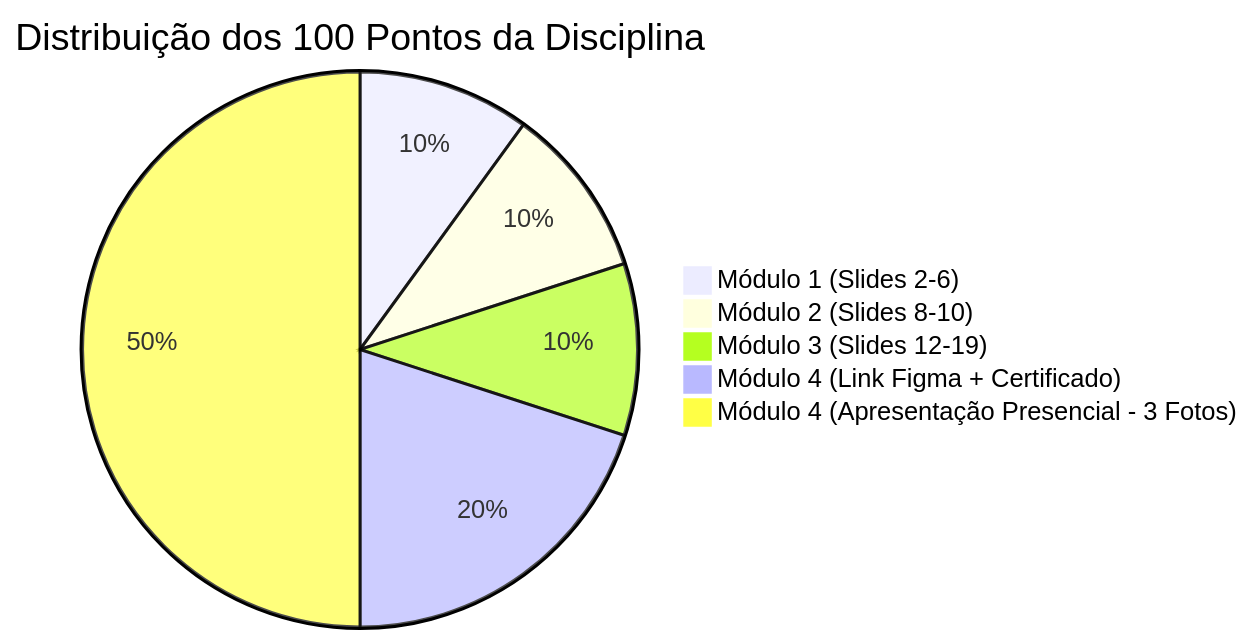
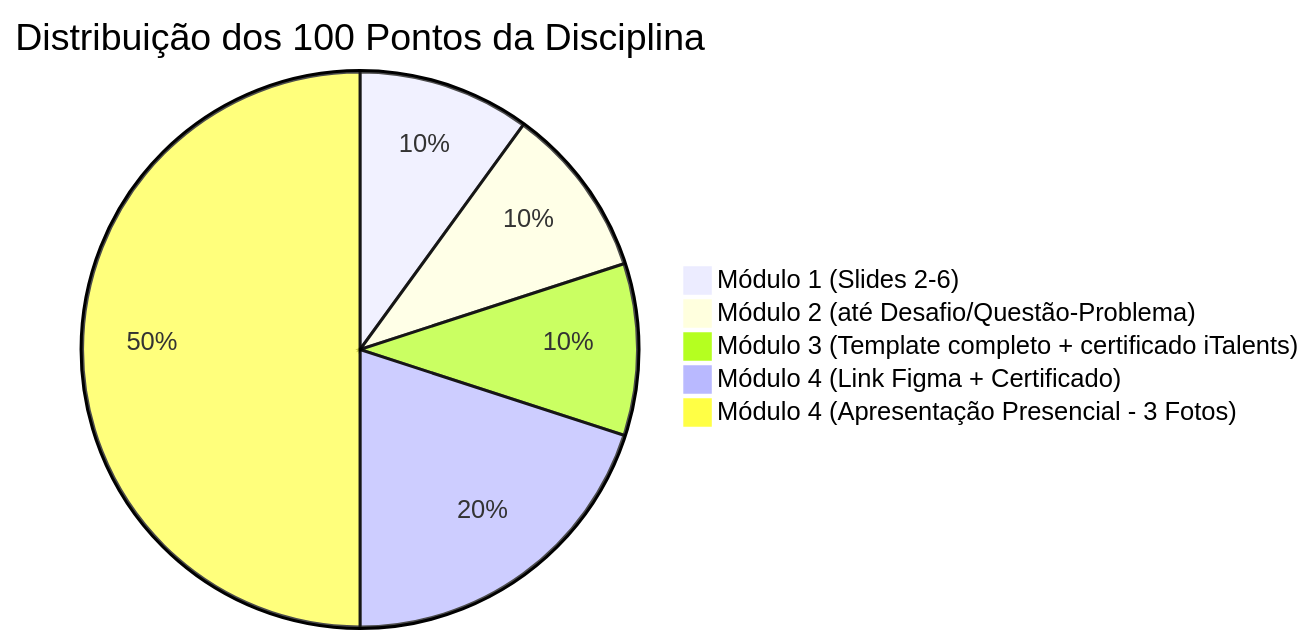
Before and after one commit to rafasants1/apex: the diagram in GUIA_DEFINITIVO_ENTREGAS_APEX_V.md, drawn with Mermaid. The commit also changed other lines of this file and 43 other files, not shown here.

````diff
--- a/GUIA_DEFINITIVO_ENTREGAS_APEX_V.md
+++ b/GUIA_DEFINITIVO_ENTREGAS_APEX_V.md
@@ -13,8 +15,8 @@
 ```mermaid
 pie title Distribuição dos 100 Pontos da Disciplina
     "Módulo 1 (Slides 2-6)" : 10
-    "Módulo 2 (Slides 8-10)" : 10
-    "Módulo 3 (Slides 12-19)" : 10
+    "Módulo 2 (até Desafio/Questão-Problema)" : 10
+    "Módulo 3 (Template completo + certificado iTalents)" : 10
     "Módulo 4 (Link Figma + Certificado)" : 20
     "Módulo 4 (Apresentação Presencial - 3 Fotos)" : 50
 ```
````
